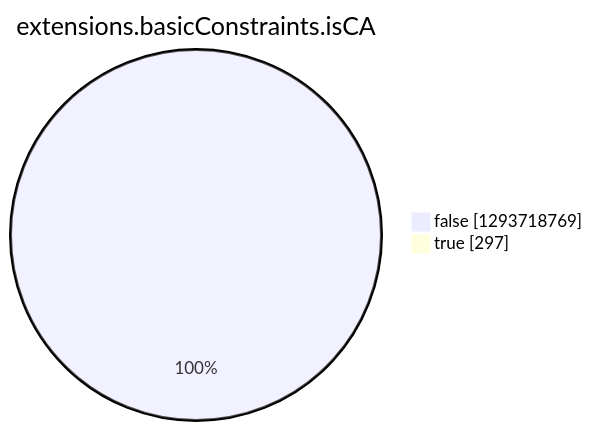
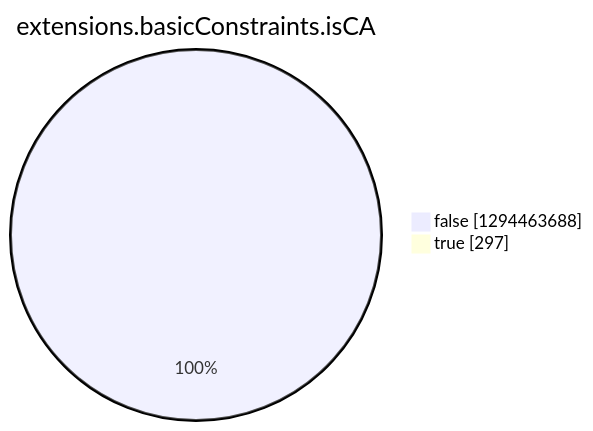
The eighth of 15 diagrams in argon2022/README.md (christiankrug/ctmonitor_visualization), drawn with Mermaid before and after one commit. The commit also changed other lines of this file, not shown here.

````diff
--- a/argon2022/README.md
+++ b/argon2022/README.md
@@ -2756,6 +2756,6 @@
 ```mermaid
 pie showData
 title extensions.basicConstraints.isCA
-"false" :1293718769
+"false" :1294463688
 "true" :297
 ```
````
